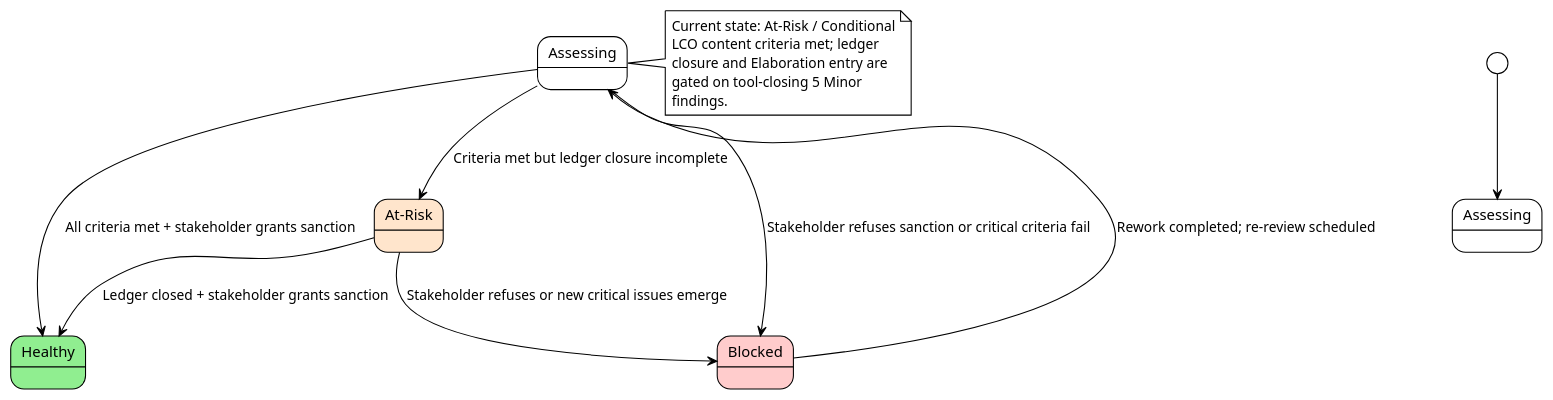
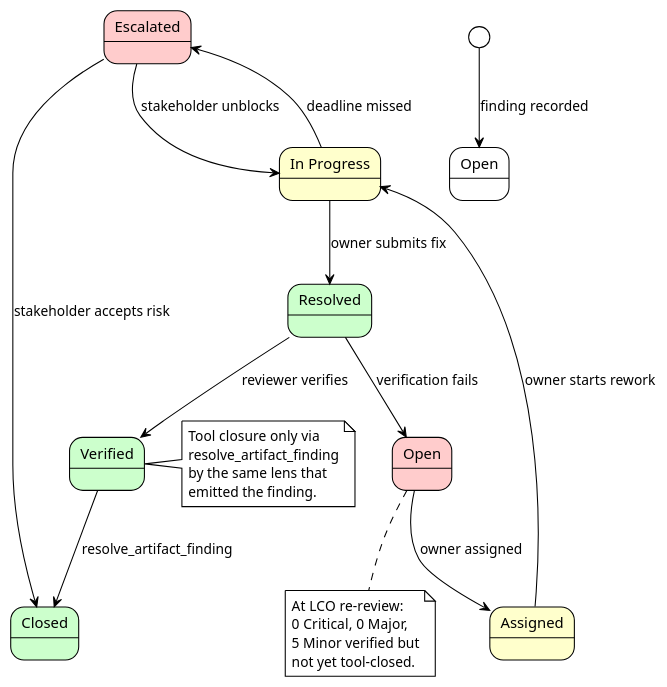
The second of 3 diagrams in docs/artifacts/project-management/review-record.md (banense-test/portal), drawn with PlantUML before and after one commit. The commit also changed other lines of this file, not shown here.

First line of the commit message:
Review Coordinator [I2]: upsert Review Record

````diff
--- a/docs/artifacts/project-management/review-record.md
+++ b/docs/artifacts/project-management/review-record.md
@@ -114,27 +87,38 @@
 ```plantuml
-@startuml Project_Health_State_Machine_Iter2
+@startuml Finding_Lifecycle_State_Machine
 !theme plain
 
-[*] --> Assessing
-state "Assessing" as ASSESSING
-state "Healthy" as HEALTHY #LightGreen
-state "At-Risk" as ATRISK #FFE5CC
-state "Blocked" as BLOCKED #FFCCCC
+[*] --> Open : finding recorded
+state "Open" as OPEN #FFCCCC
+state "Assigned" as ASSIGNED #FFFFCC
+state "In Progress" as INPROGRESS #FFFFCC
+state "Resolved" as RESOLVED #CCFFCC
+state "Verified" as VERIFIED #CCFFCC
+state "Closed" as CLOSED #CCFFCC
+state "Escalated" as ESCALATED #FFCCCC
 
-ASSESSING --> HEALTHY : All criteria met + stakeholder grants sanction
-ASSESSING --> ATRISK : Criteria met but ledger closure incomplete
-ASSESSING --> BLOCKED : Stakeholder refuses sanction or critical criteria fail
+OPEN --> ASSIGNED : owner assigned
+ASSIGNED --> INPROGRESS : owner starts rework
+INPROGRESS --> RESOLVED : owner submits fix
+RESOLVED --> VERIFIED : reviewer verifies
+VERIFIED --> CLOSED : resolve_artifact_finding
+RESOLVED --> OPEN : verification fails
+INPROGRESS --> ESCALATED : deadline missed
+ESCALATED --> INPROGRESS : stakeholder unblocks
+ESCALATED --> CLOSED : stakeholder accepts risk
 
-ATRISK --> HEALTHY : Ledger closed + stakeholder grants sanction
-ATRISK --> BLOCKED : Stakeholder refuses or new critical issues emerge
-BLOCKED --> ASSESSING : Rework completed; re-review scheduled
+note right of VERIFIED
+  Tool closure only via
+  resolve_artifact_finding
+  by the same lens that
+  emitted the finding.
+end note
 
-note right of ASSESSING
-  Current state: At-Risk / Conditional
-  LCO content criteria met; ledger
-  closure and Elaboration entry are
-  gated on tool-closing 5 Minor
-  findings.
+note bottom of OPEN
+  At LCO re-review:
+  0 Critical, 0 Major,
+  5 Minor verified but
+  not yet tool-closed.
 end note
 @enduml
 ```
````
